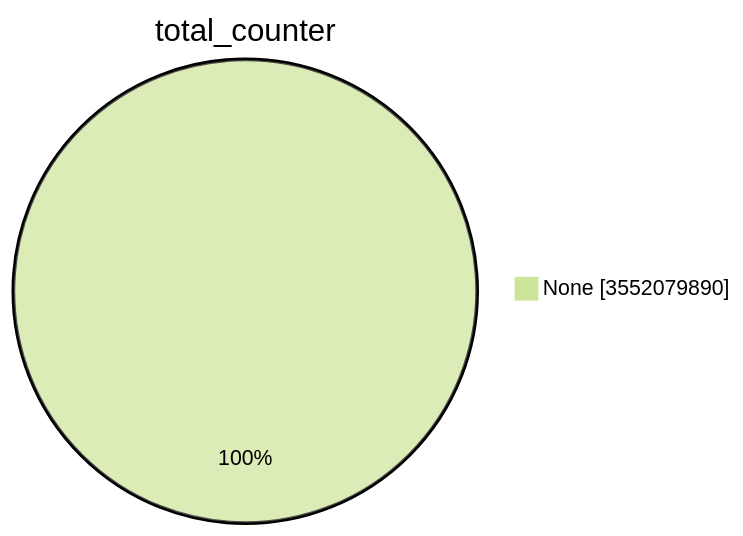
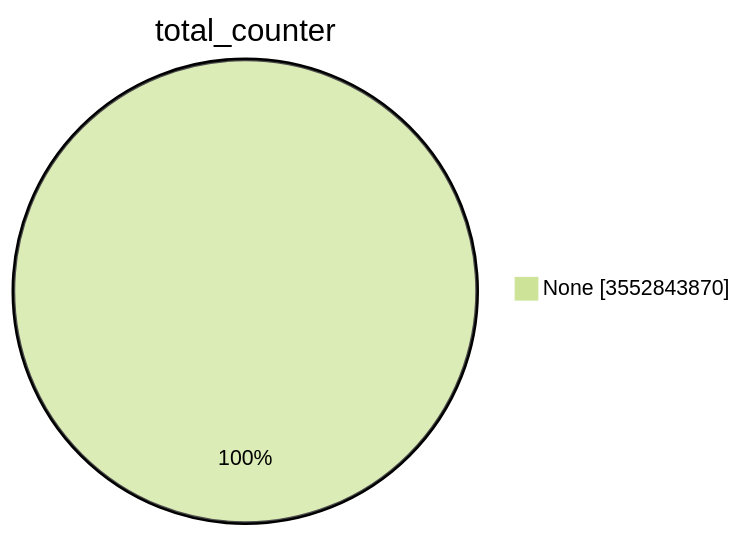
The first of 15 diagrams in TOTAL/README.md (christiankrug/ctmonitor_visualization), drawn with Mermaid (forest theme) before and after one commit. The commit also changed other lines of this file, not shown here.

````diff
--- a/TOTAL/README.md
+++ b/TOTAL/README.md
@@ -1,5 +1,5 @@
 ```mermaid
 pie showData
 title total_counter
-"None" :3552079890
+"None" :3552843870
 ```
````
